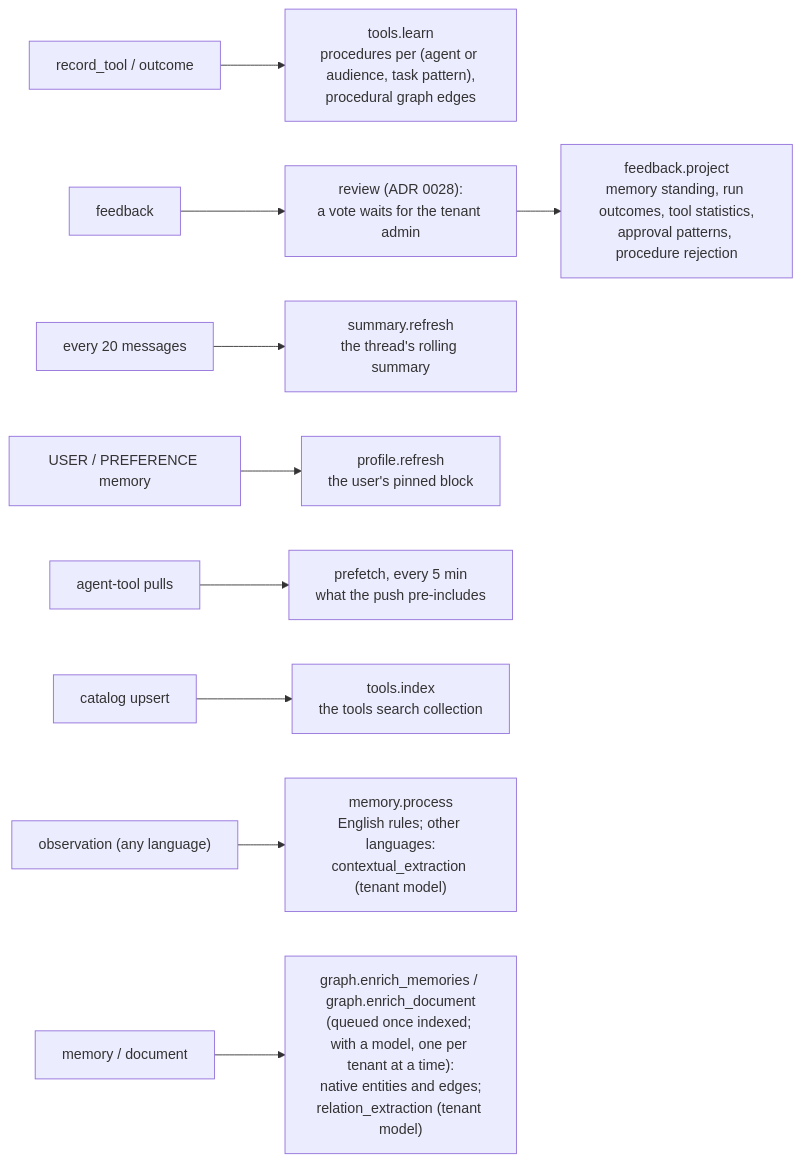
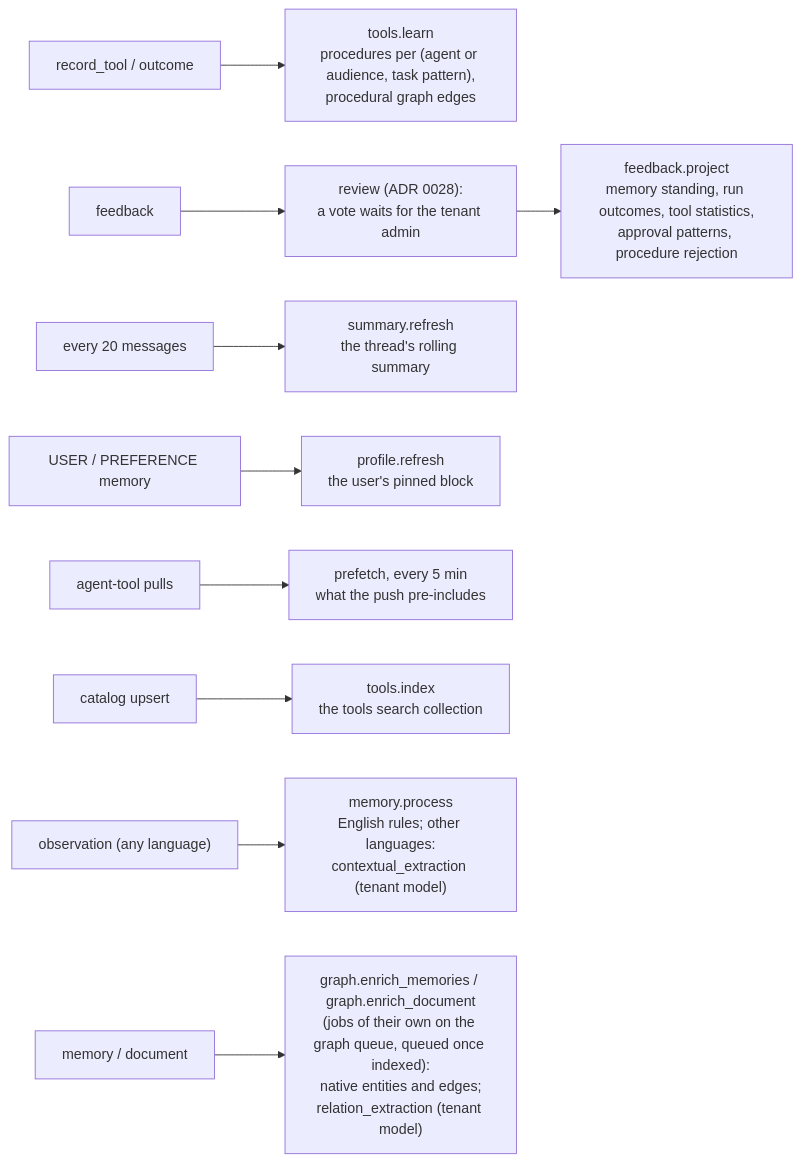
One commit to amitmohapatra/agent-memory-service changed the eighth of 10 diagrams in docs/ARCHITECTURE.md. Above: the diagram before and after it, drawn with Mermaid. The commit also changed 4 other files, not shown here.

First line of the commit message:
docs(graph): enrichment runs in jobs of its own, not inside the index job

````diff
--- a/docs/ARCHITECTURE.md
+++ b/docs/ARCHITECTURE.md
@@ -213,11 +213,11 @@
 ```mermaid
 flowchart LR
   rt["record_tool / outcome"] --> tl["tools.learn<br/>procedures per (agent or audience, task pattern),<br/>procedural graph edges"]
   fb[feedback] --> rv["review (ADR 0028):<br/>a vote waits for the tenant admin"] --> fp["feedback.project<br/>memory standing, run outcomes, tool statistics,<br/>approval patterns, procedure rejection"]
   msg["every 20 messages"] --> sr["summary.refresh<br/>the thread's rolling summary"]
   up["USER / PREFERENCE memory"] --> pr["profile.refresh<br/>the user's pinned block"]
   pulls["agent-tool pulls"] --> pf["prefetch, every 5 min<br/>what the push pre-includes"]
   cat["catalog upsert"] --> ti["tools.index<br/>the tools search collection"]
   obs["observation (any language)"] --> mp["memory.process<br/>English rules; other languages:<br/>contextual_extraction (tenant model)"]
-  md["memory / document"] --> ge["graph.enrich_memories / graph.enrich_document<br/>(queued once indexed; with a model, one per tenant at a time):<br/>native entities and edges;<br/>relation_extraction (tenant model)"]
+  md["memory / document"] --> ge["graph.enrich_memories / graph.enrich_document<br/>(jobs of their own on the graph queue, queued once indexed):<br/>native entities and edges;<br/>relation_extraction (tenant model)"]
 ```
````
